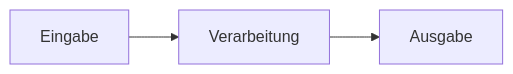
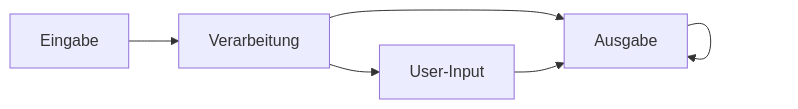
One commit to MrsDDHefte/ddhefte changed the second of 2 diagrams in tests/mermaid.md. Above: the diagram before and after it, drawn with Mermaid.

````diff
--- a/tests/mermaid.md
+++ b/tests/mermaid.md
@@ -9,4 +9,4 @@
 ```mermaid
 flowchart LR
-    Eingabe --> Verarbeitung --> Ausgabe
+    Eingabe --> Verarbeitung --> Ausgabe & User-Input --> Ausgabe
 ```
````
